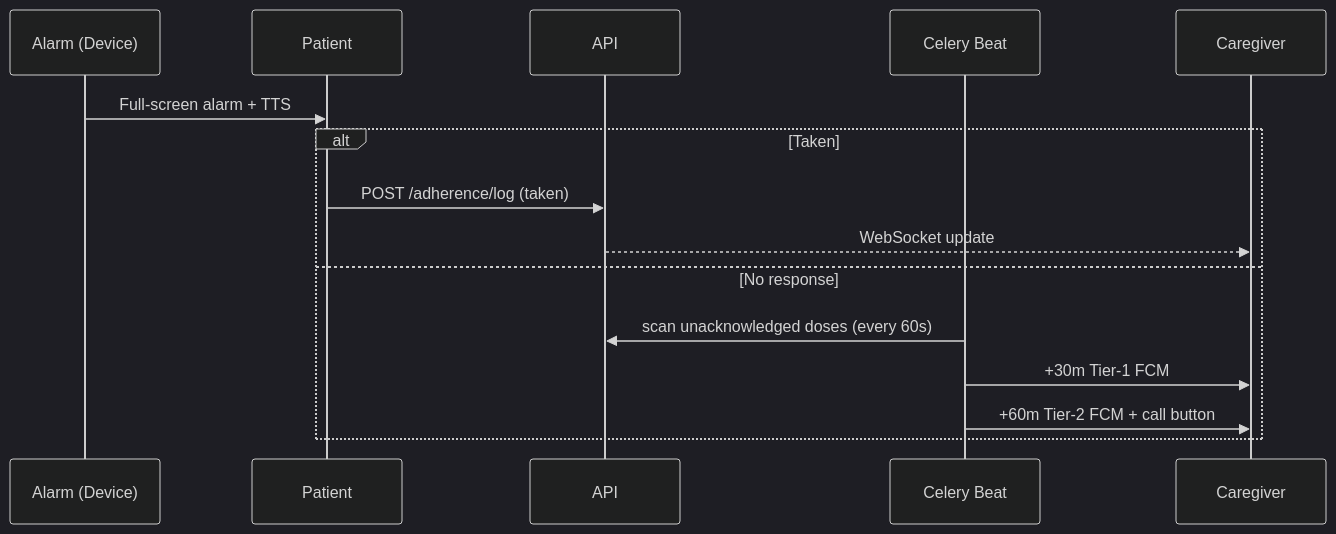
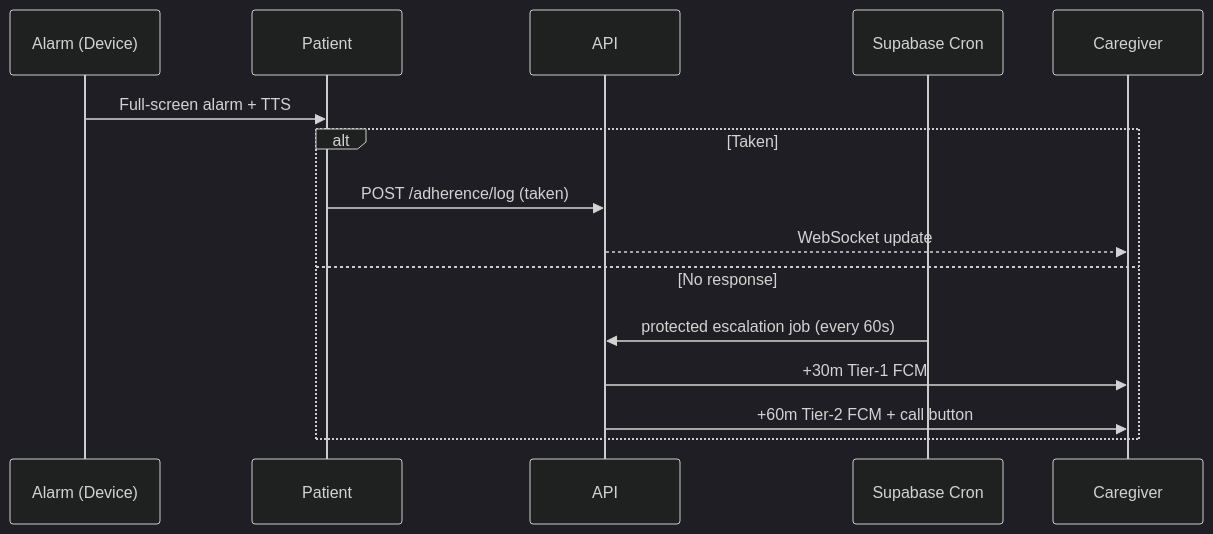
Before and after one commit to Youseefee/Medliva: the second of 4 diagrams in docs/ARCHITECTURE.md, drawn with Mermaid (dark theme). The commit also changed other lines of this file and 77 other files, not shown here.

````diff
--- a/docs/ARCHITECTURE.md
+++ b/docs/ARCHITECTURE.md
@@ -52,17 +50,17 @@
 ```mermaid
 sequenceDiagram
   participant A as Alarm (Device)
   participant P as Patient
   participant API
-  participant B as Celery Beat
+  participant B as Supabase Cron
   participant C as Caregiver
   A->>P: Full-screen alarm + TTS
   alt Taken
     P->>API: POST /adherence/log (taken)
     API-->>C: WebSocket update
   else No response
-    B->>API: scan unacknowledged doses (every 60s)
-    B->>C: +30m Tier-1 FCM
-    B->>C: +60m Tier-2 FCM + call button
+    B->>API: protected escalation job (every 60s)
+    API->>C: +30m Tier-1 FCM
+    API->>C: +60m Tier-2 FCM + call button
   end
 ```
````
